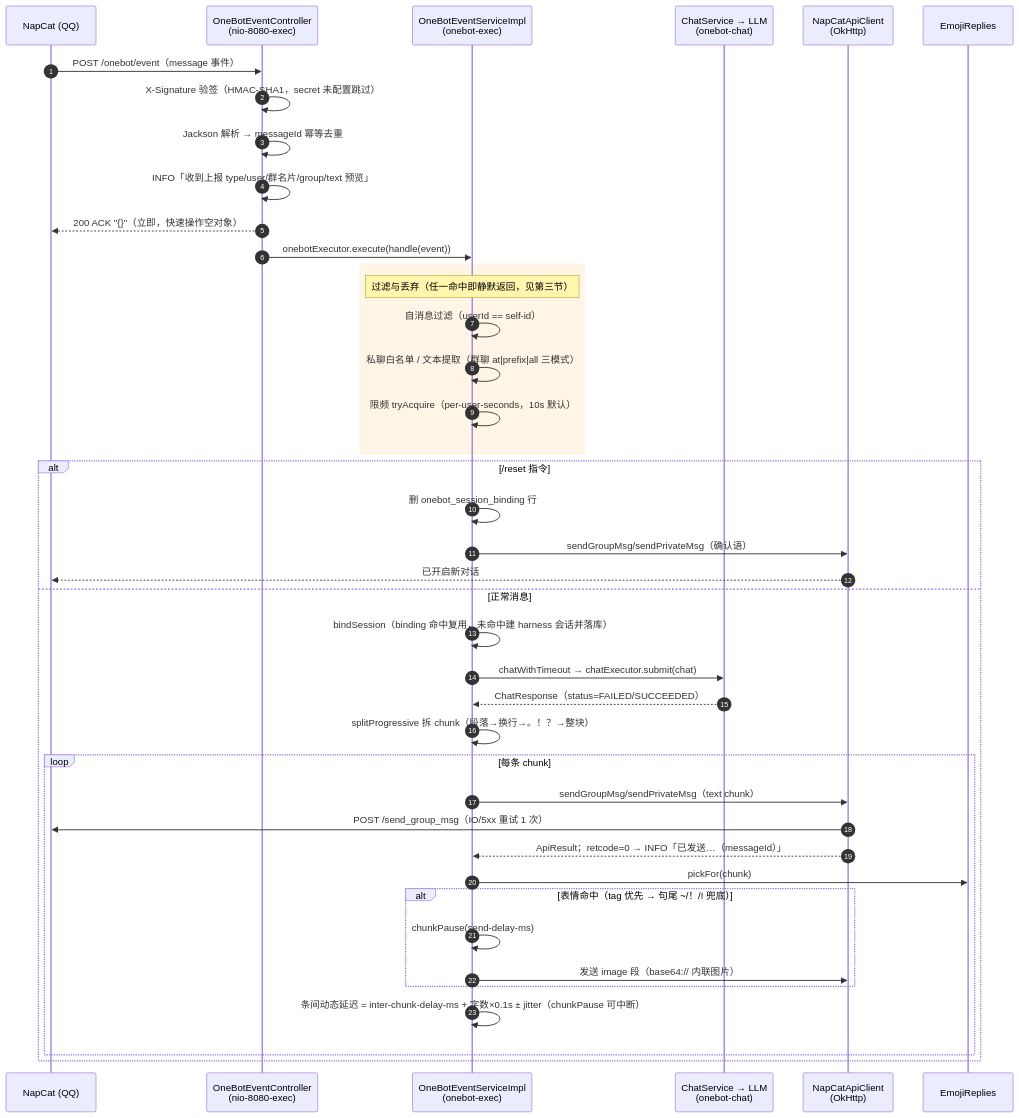
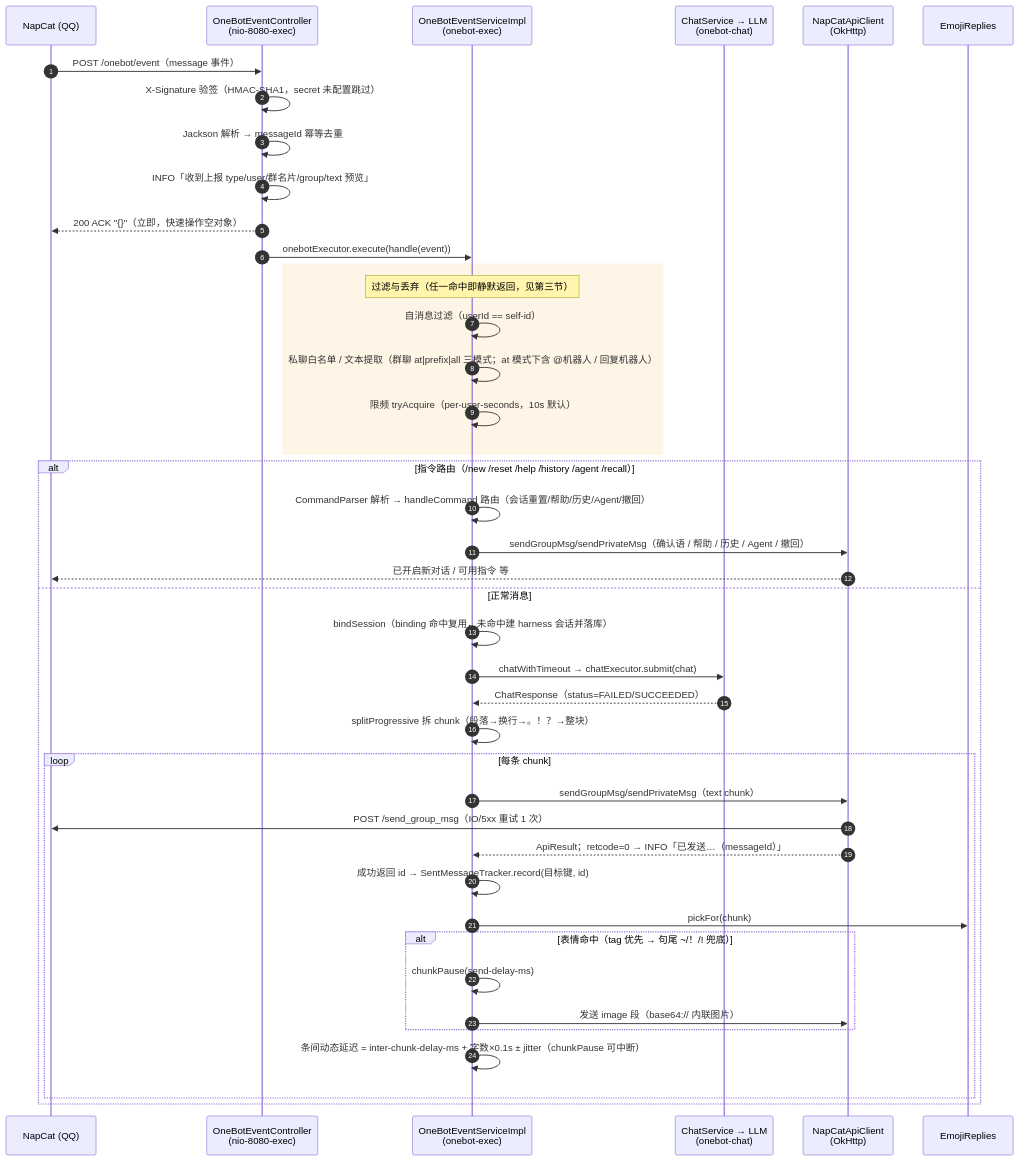
One commit to cxknotjj/Deerfect_harness changed the diagram in server/src/main/java/com/dark/javaHarness/channel/data-flow.md. Above: the diagram before and after it, drawn with Mermaid. The commit also changed other lines of this file and 1 other file, not shown here.

````diff
--- a/server/src/main/java/com/dark/javaHarness/channel/data-flow.md
+++ b/server/src/main/java/com/dark/javaHarness/channel/data-flow.md
@@ -15,46 +17,47 @@
 ```mermaid
 sequenceDiagram
     autonumber
     participant N as NapCat (QQ)
     participant C as OneBotEventController<br/>(nio-8080-exec)
     participant S as OneBotEventServiceImpl<br/>(onebot-exec)
     participant CH as ChatService → LLM<br/>(onebot-chat)
     participant A as NapCatApiClient<br/>(OkHttp)
     participant E as EmojiReplies
 
     N->>C: POST /onebot/event（message 事件）
     C->>C: X-Signature 验签（HMAC-SHA1，secret 未配置跳过）
     C->>C: Jackson 解析 → messageId 幂等去重
     C->>C: INFO「收到上报 type/user/群名片/group/text 预览」
     C-->>N: 200 ACK "{}"（立即，快速操作空对象）
     C->>S: onebotExecutor.execute(handle(event))
 
     rect rgb(255, 245, 230)
         note over S: 过滤与丢弃（任一命中即静默返回，见第三节）
         S->>S: 自消息过滤（userId == self-id）
-        S->>S: 私聊白名单 / 文本提取（群聊 at|prefix|all 三模式）
+        S->>S: 私聊白名单 / 文本提取（群聊 at|prefix|all 三模式；at 模式下含 @机器人 / 回复机器人）
         S->>S: 限频 tryAcquire（per-user-seconds，10s 默认）
     end
 
-    alt /reset 指令
-        S->>S: 删 onebot_session_binding 行
-        S->>A: sendGroupMsg/sendPrivateMsg（确认语）
-        A-->>N: 已开启新对话
+    alt 指令路由（/new /reset /help /history /agent /recall）
+        S->>S: CommandParser 解析 → handleCommand 路由（会话重置/帮助/历史/Agent/撤回）
+        S->>A: sendGroupMsg/sendPrivateMsg（确认语 / 帮助 / 历史 / Agent / 撤回）
+        A-->>N: 已开启新对话 / 可用指令 等
     else 正常消息
         S->>S: bindSession（binding 命中复用，未命中建 harness 会话并落库）
         S->>CH: chatWithTimeout → chatExecutor.submit(chat)
         CH-->>S: ChatResponse（status=FAILED/SUCCEEDED）
         S->>S: splitProgressive 拆 chunk（段落→换行→。！？→整块）
         loop 每条 chunk
             S->>A: sendGroupMsg/sendPrivateMsg（text chunk）
             A->>N: POST /send_group_msg（IO/5xx 重试 1 次）
             A-->>S: ApiResult；retcode=0 → INFO「已发送…（messageId）」
+            S->>S: 成功返回 id → SentMessageTracker.record(目标键, id)
             S->>E: pickFor(chunk)
             alt 表情命中（tag 优先 → 句尾 ~/！/! 兜底）
                 S->>S: chunkPause(send-delay-ms)
                 S->>A: 发送 image 段（base64:// 内联图片）
             end
             S->>S: 条间动态延迟 = inter-chunk-delay-ms + 字数×0.1s ± jitter（chunkPause 可中断）
         end
     end
 ```
````
